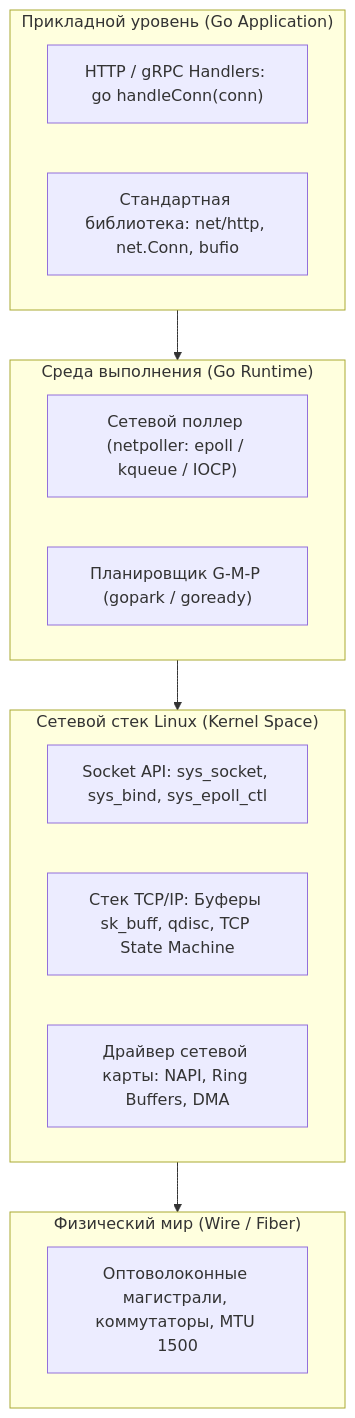
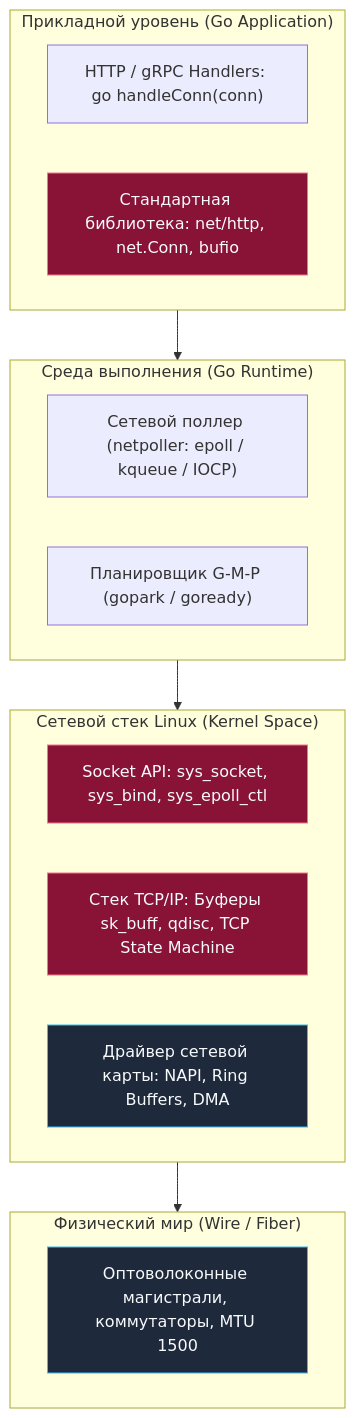
Before and after one commit to UnrealTemplier/go-textbook: the first of 3 diagrams in sources/3. Компьютерные сети и сетевой стек/1. Обзор раздела. Как работают сети и зачем это Go бэкенд-разработчику.md, drawn with Mermaid. The commit also changed other lines of this file and 1666 other files, not shown here.

First line of the commit message:
feat(mermaid): add semantic color classDef to 1369 colorless flowchart/graph diagrams

````diff
--- a/sources/3. Компьютерные сети и сетевой стек/1. Обзор раздела. Как работают сети и зачем это Go бэкенд-разработчику.md
+++ b/sources/3. Компьютерные сети и сетевой стек/1. Обзор раздела. Как работают сети и зачем это Go бэкенд-разработчику.md
@@ -23,26 +23,36 @@
 ```mermaid
 flowchart TD
+    classDef process  fill:#1e293b,stroke:#38bdf8,stroke-width:1px,color:#f8fafc
+    classDef success  fill:#064e3b,stroke:#34d399,stroke-width:1px,color:#f8fafc
+    classDef error    fill:#7f1d1d,stroke:#f87171,stroke-width:1px,color:#f8fafc
+    classDef warning  fill:#78350f,stroke:#fbbf24,stroke-width:1px,color:#f8fafc
+    classDef entry    fill:#1e3a5f,stroke:#38bdf8,stroke-width:2px,color:#f8fafc
+    classDef aux      fill:#334155,stroke:#64748b,stroke-width:1px,color:#f8fafc
+    classDef system   fill:#312e81,stroke:#a78bfa,stroke-width:1px,color:#f8fafc
+    classDef data     fill:#132d29,stroke:#2dd4bf,stroke-width:1px,color:#f8fafc
+    classDef network  fill:#881337,stroke:#fb7185,stroke-width:1px,color:#f8fafc
+    classDef accent   fill:#1e1b4b,stroke:#818cf8,stroke-width:1px,color:#f8fafc
     subgraph AppLevel ["Прикладной уровень (Go Application)"]
         UserHandlers["HTTP / gRPC Handlers: go handleConn(conn)"]
-        StdNet["Стандартная библиотека: net/http, net.Conn, bufio"]
+        StdNet["Стандартная библиотека: net/http, net.Conn, bufio"]:::network
     end
 
     subgraph RuntimeBridge ["Среда выполнения (Go Runtime)"]
         Netpoller["Сетевой поллер (netpoller: epoll / kqueue / IOCP)"]
         GMPSched["Планировщик G-M-P (gopark / goready)"]
     end
 
     subgraph KernelStack ["Сетевой стек Linux (Kernel Space)"]
-        SocketAPI["Socket API: sys_socket, sys_bind, sys_epoll_ctl"]
-        TCP_IP["Стек TCP/IP: Буферы sk_buff, qdisc, TCP State Machine"]
-        DriverNIC["Драйвер сетевой карты: NAPI, Ring Buffers, DMA"]
+        SocketAPI["Socket API: sys_socket, sys_bind, sys_epoll_ctl"]:::network
+        TCP_IP["Стек TCP/IP: Буферы sk_buff, qdisc, TCP State Machine"]:::network
+        DriverNIC["Драйвер сетевой карты: NAPI, Ring Buffers, DMA"]:::process
     end
 
     subgraph PhysicalWire ["Физический мир (Wire / Fiber)"]
-        CopperFiber["Оптоволоконные магистрали, коммутаторы, MTU 1500"]
+        CopperFiber["Оптоволоконные магистрали, коммутаторы, MTU 1500"]:::process
     end
 
     AppLevel --> RuntimeBridge
     RuntimeBridge --> KernelStack
     KernelStack --> PhysicalWire
 ```
````
